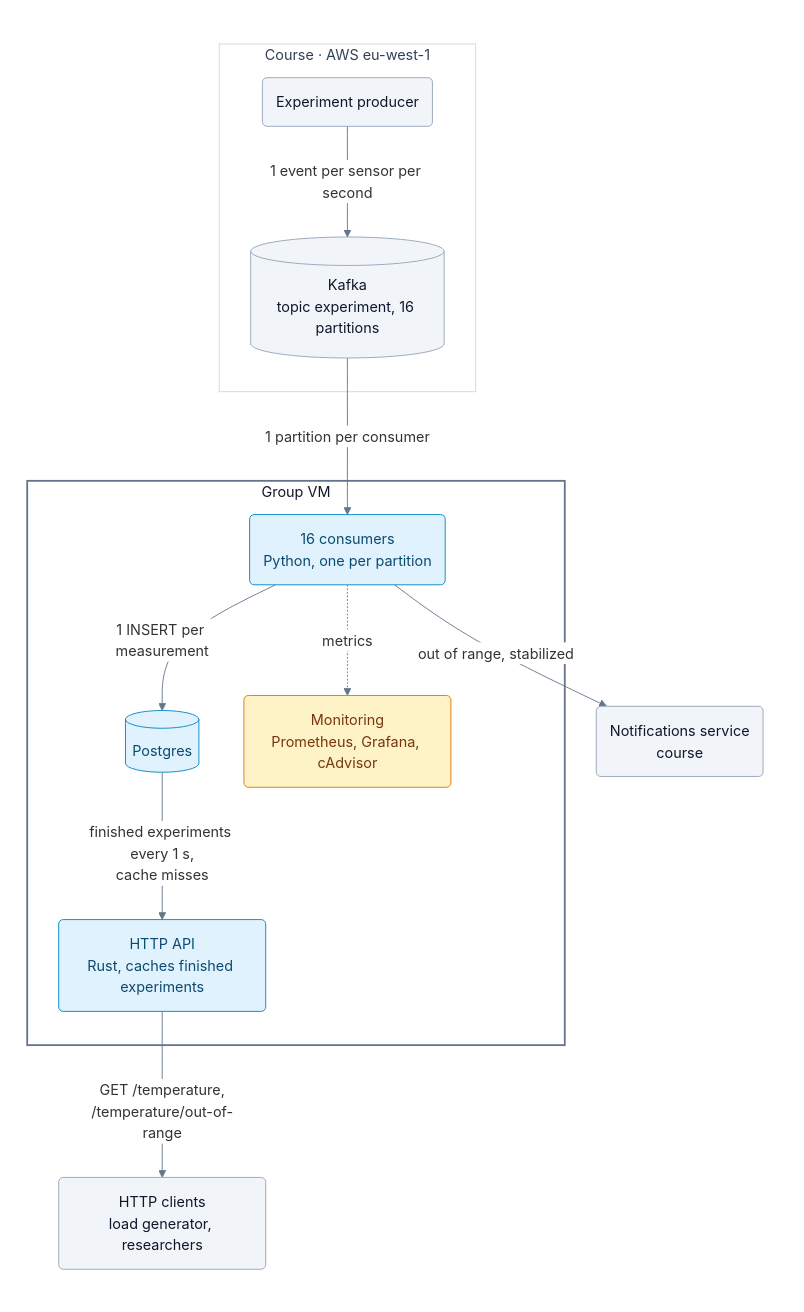
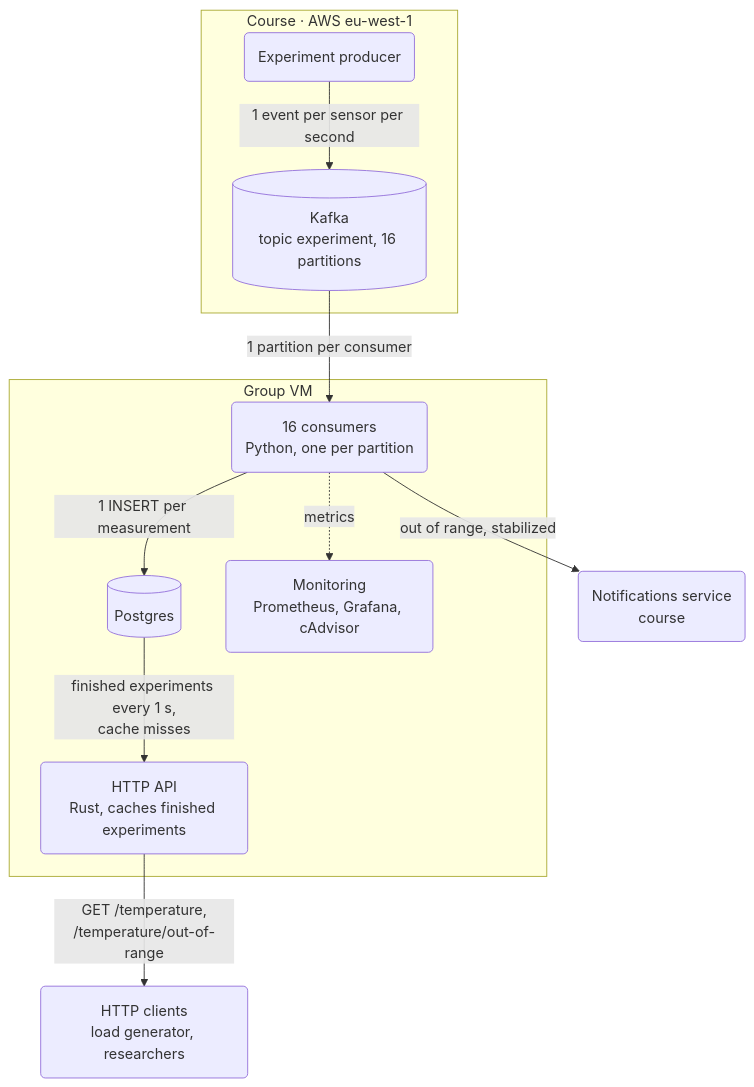
One commit to jakobvongehlen/cec-assignment-implementation changed the diagram in README.md. Above: the diagram before and after it, drawn with Mermaid. The commit also changed other lines of this file, not shown here.

Commit message:
docs: default diagram style, shorter API section
Drop the diagram's custom colors and white background so GitHub draws it in its default style, and cut the HTTP API section to four points and its load test numbers.

````diff
--- a/README.md
+++ b/README.md
@@ -7,39 +7,25 @@
 ```mermaid
-%%{init: {"theme": "base", "themeVariables": {"background": "#ffffff", "lineColor": "#64748b", "textColor": "#0f172a", "edgeLabelBackground": "#ffffff"}}}%%
 flowchart TB
-    subgraph page[" "]
-        direction TB
-        subgraph course[" Course · AWS eu-west-1 "]
-            producer("Experiment producer")
-            kafka[("Kafka<br/>topic experiment, 16 partitions")]
-        end
+    subgraph course[" Course · AWS eu-west-1 "]
+        producer("Experiment producer")
+        kafka[("Kafka<br/>topic experiment, 16 partitions")]
+    end
 
-        subgraph vm[" Group VM "]
-            consumers("16 consumers<br/>Python, one per partition")
-            db[("Postgres")]
-            api("HTTP API<br/>Rust, caches finished experiments")
-            mon("Monitoring<br/>Prometheus, Grafana, cAdvisor")
-        end
+    subgraph vm[" Group VM "]
+        consumers("16 consumers<br/>Python, one per partition")
+        db[("Postgres")]
+        api("HTTP API<br/>Rust, caches finished experiments")
+        mon("Monitoring<br/>Prometheus, Grafana, cAdvisor")
+    end
 
-        notify("Notifications service<br/>course")
-        clients("HTTP clients<br/>load generator, researchers")
-    end
+    notify("Notifications service<br/>course")
+    clients("HTTP clients<br/>load generator, researchers")
 
     producer -->|"1 event per sensor per second"| kafka
     kafka -->|"1 partition per consumer"| consumers
     consumers -->|"1 INSERT per measurement"| db
     consumers -->|"out of range, stabilized"| notify
     db -->|"finished experiments every 1 s,<br/>cache misses"| api
     api -->|"GET /temperature,<br/>/temperature/out-of-range"| clients
     consumers -.->|"metrics"| mon
-
-    classDef external fill:#f1f5f9,stroke:#94a3b8,color:#0f172a
-    classDef service fill:#e0f2fe,stroke:#0284c7,color:#0c4a6e
-    classDef monitor fill:#fef3c7,stroke:#d97706,color:#78350f
-    class producer,kafka,notify,clients external
-    class consumers,db,api service
-    class mon monitor
-    style page fill:#ffffff,stroke:#ffffff
-    style vm fill:#ffffff,stroke:#64748b,stroke-width:2px,color:#0f172a
-    style course fill:#ffffff,stroke:#cbd5e1,color:#334155
 ```
````
